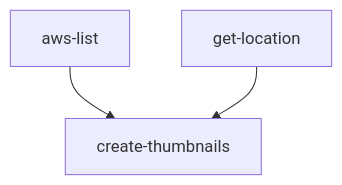
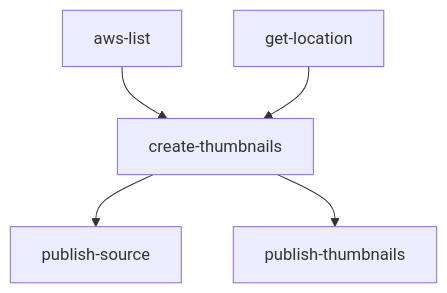
The diagram in workflows/util/README.md (linz/topo-workflows), drawn with Mermaid before and after one commit.

Commit message:
fix: update diagram

````diff
--- a/workflows/util/README.md
+++ b/workflows/util/README.md
@@ -28,5 +28,7 @@
 ```mermaid
 graph TD;
     aws-list-->create-thumbnails;
     get-location-->create-thumbnails;
+    create-thumbnails-->publish-source;
+    create-thumbnails-->publish-thumbnails;
 ```
````
